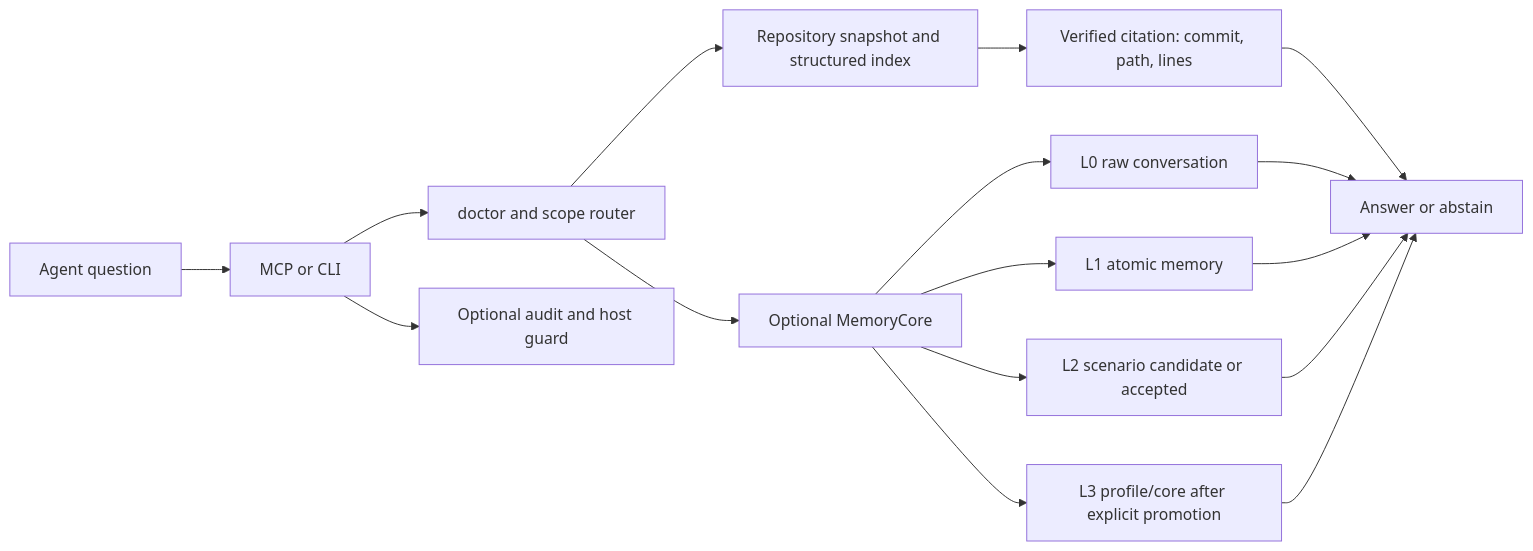
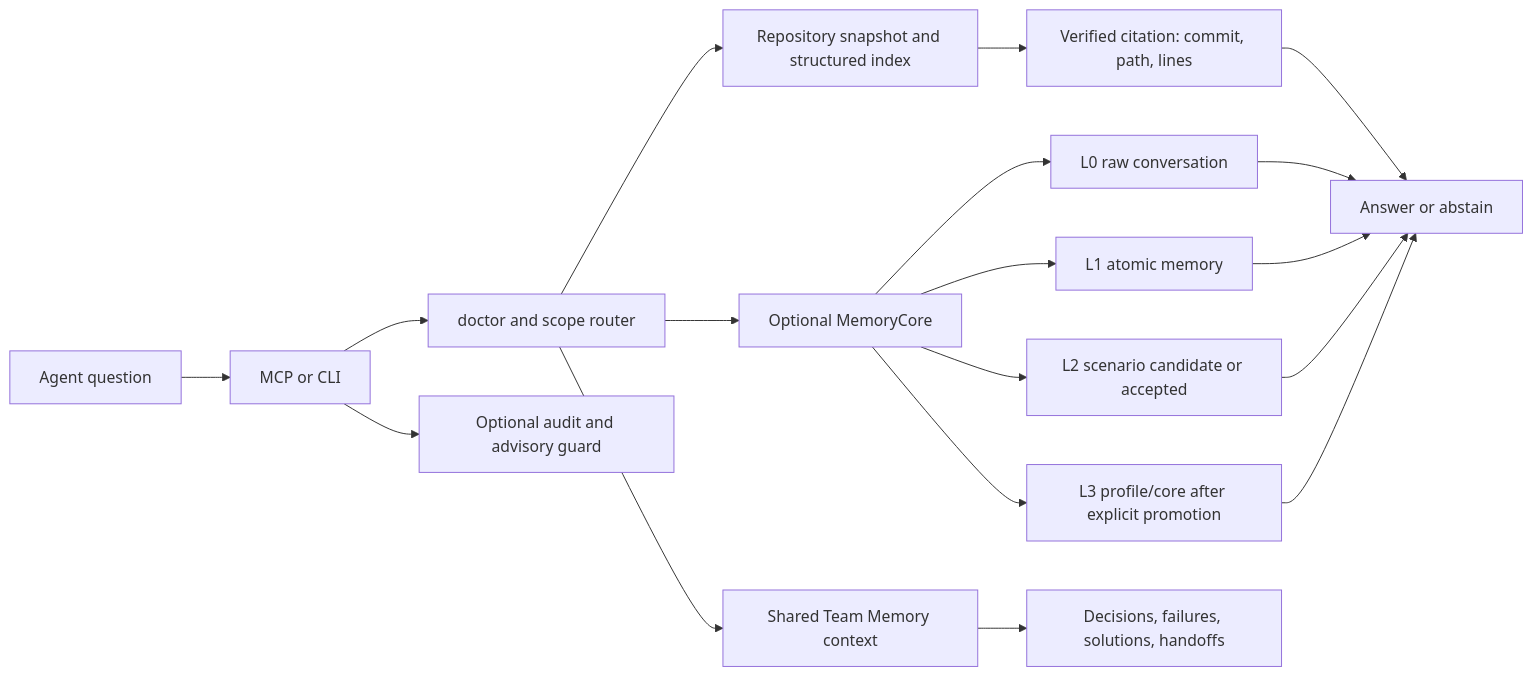
One commit to LeslieWylie/repository-memory changed the diagram in README.md. Above: the diagram before and after it, drawn with Mermaid. The commit also changed other lines of this file and 21 other files, not shown here.

Commit message:
Add shared team memory and advisory guard

````diff
--- a/README.md
+++ b/README.md
@@ -28,18 +32,20 @@
 ```mermaid
 flowchart LR
     A[Agent question] --> B[MCP or CLI]
     B --> C[doctor and scope router]
     C --> D[Repository snapshot and structured index]
     D --> E[Verified citation: commit, path, lines]
     C --> F[Optional MemoryCore]
     F --> G[L0 raw conversation]
     F --> H[L1 atomic memory]
     F --> I[L2 scenario candidate or accepted]
     F --> J[L3 profile/core after explicit promotion]
     E --> K[Answer or abstain]
     G --> K
     H --> K
     I --> K
     J --> K
-    B --> L[Optional audit and host guard]
+    B --> L[Optional audit and advisory guard]
+    C --> M[Shared Team Memory context]
+    M --> N[Decisions, failures, solutions, handoffs]
 ```
````
